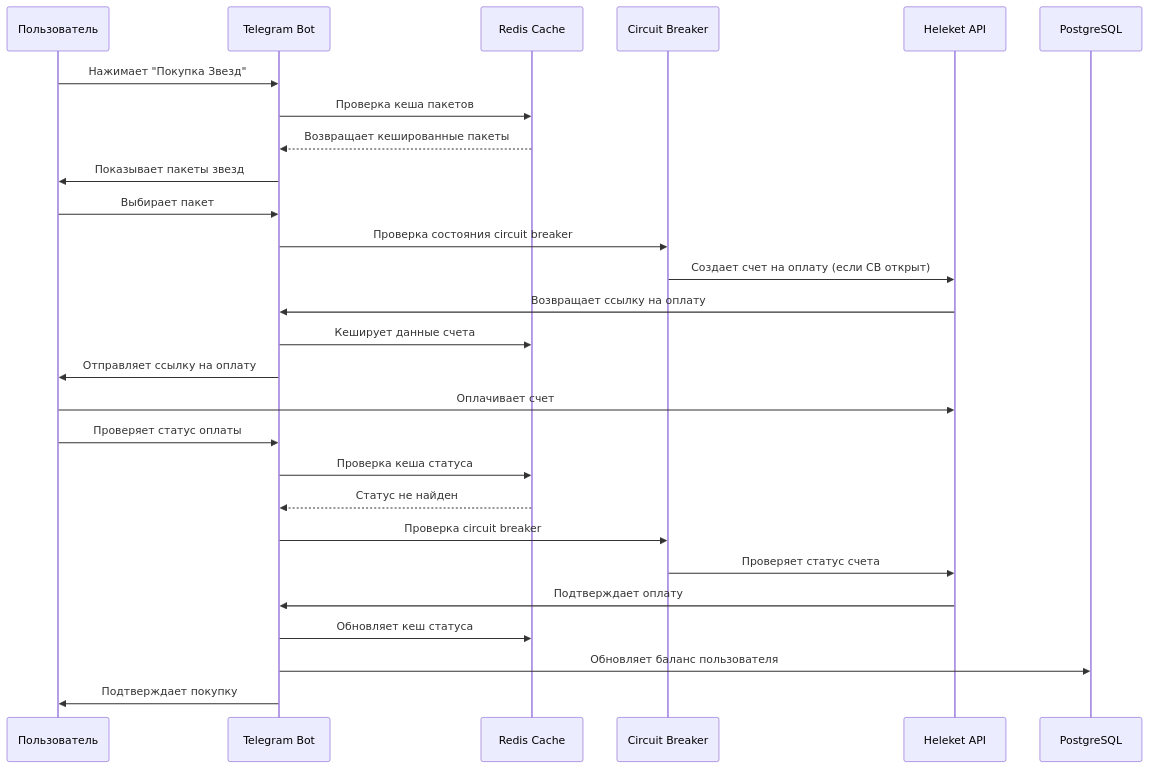
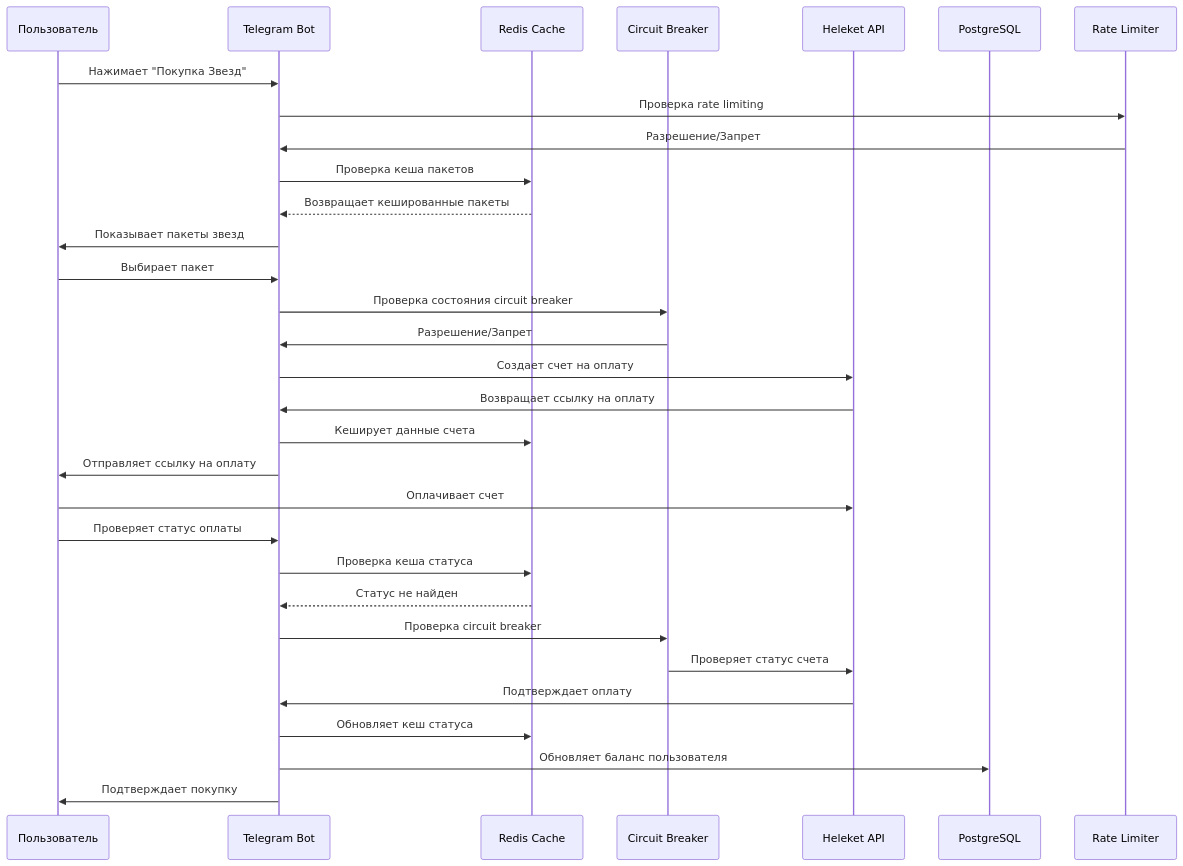
One commit to neKamita/Mirza-Telegram-Shop-Bot changed the third of 3 diagrams in README.md. Above: the diagram before and after it, drawn with Mermaid. The commit also changed other lines of this file and 7 other files, not shown here.

````diff
--- a/README.md
+++ b/README.md
@@ -312,37 +561,38 @@
 ```mermaid
 sequenceDiagram
     participant User as Пользователь
     participant Bot as Telegram Bot
     participant Cache as Redis Cache
     participant CB as Circuit Breaker
     participant Heleket as Heleket API
     participant DB as PostgreSQL
+    participant RL as Rate Limiter
 
     User->>Bot: Нажимает "Покупка Звезд"
+    Bot->>RL: Проверка rate limiting
+    RL->>Bot: Разрешение/Запрет
     Bot->>Cache: Проверка кеша пакетов
     Cache-->>Bot: Возвращает кешированные пакеты
 
     Bot->>User: Показывает пакеты звезд
     User->>Bot: Выбирает пакет
-
     Bot->>CB: Проверка состояния circuit breaker
-    CB->>Heleket: Создает счет на оплату (если CB открыт)
+    CB->>Bot: Разрешение/Запрет
+    Bot->>Heleket: Создает счет на оплату
     Heleket->>Bot: Возвращает ссылку на оплату
 
     Bot->>Cache: Кеширует данные счета
     Bot->>User: Отправляет ссылку на оплату
-
     User->>Heleket: Оплачивает счет
     User->>Bot: Проверяет статус оплаты
 
     Bot->>Cache: Проверка кеша статуса
     Cache-->>Bot: Статус не найден
-
     Bot->>CB: Проверка circuit breaker
     CB->>Heleket: Проверяет статус счета
     Heleket->>Bot: Подтверждает оплату
 
     Bot->>Cache: Обновляет кеш статуса
     Bot->>DB: Обновляет баланс пользователя
     Bot->>User: Подтверждает покупку
 ```
````
